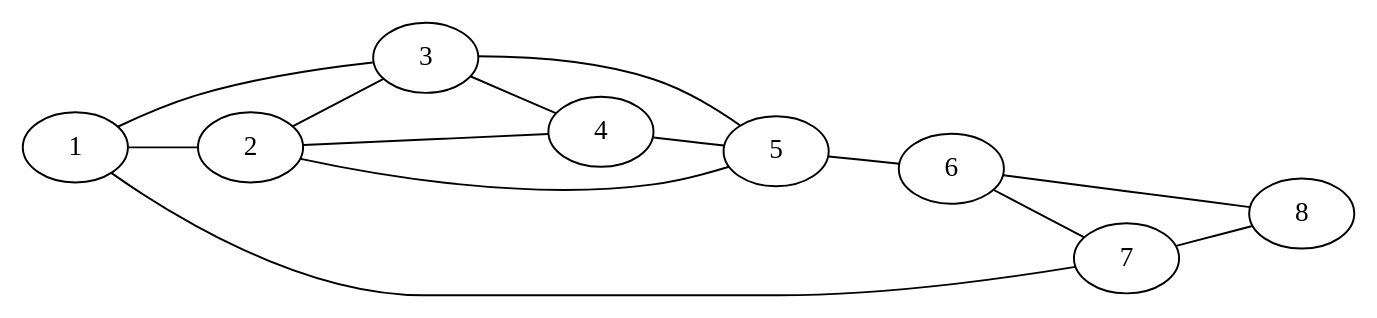
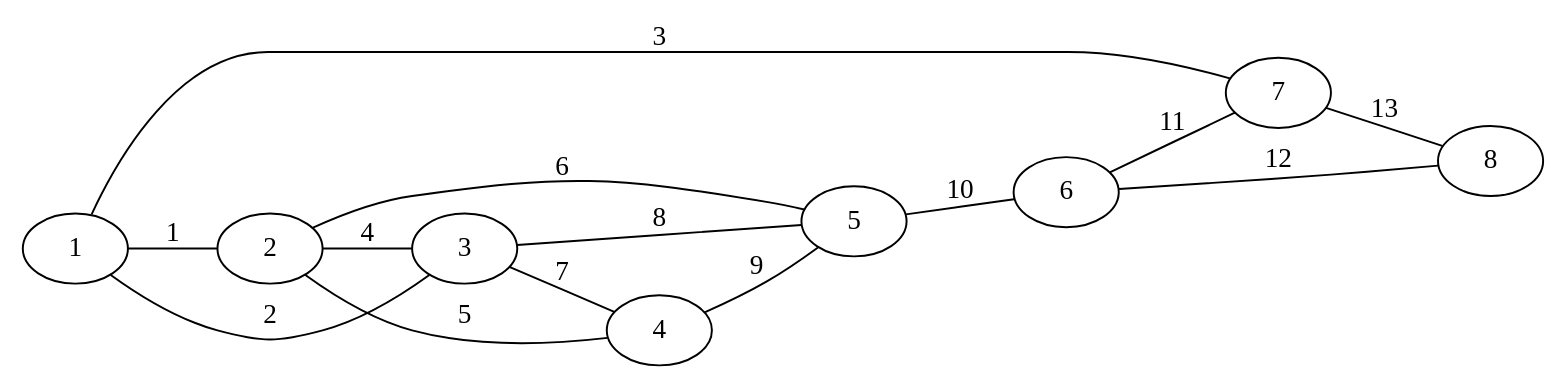
Before and after one commit to bcatalfo/Math-Solutions: diagram 49 of 49 in docs/Koh-Dong-Tay-Introduction-to-Graph-Theory/Chapter-1.md, drawn with Graphviz. The commit also changed other lines of this file and 1 other file, not shown here.

Commit message:
Labeled a graph and  made minor typographical improvements.

````diff
--- a/docs/Koh-Dong-Tay-Introduction-to-Graph-Theory/Chapter-1.md
+++ b/docs/Koh-Dong-Tay-Introduction-to-Graph-Theory/Chapter-1.md
@@ -2074,25 +2070,25 @@
 ```dot
 graph {
     rankdir="LR"
-    1 -- 2
-    1 -- 3
-    1 -- 7
+    1 -- 2 [label=1]
+    1 -- 3 [label=2]
+    1 -- 7 [label=3]
 
-    2 -- 3
-    2 -- 4
-    2 -- 5
+    2 -- 3 [label=4]
+    2 -- 4 [label=5]
+    2 -- 5 [label=6]
 
-    3 -- 4
-    3 -- 5
+    3 -- 4 [label=7]
+    3 -- 5 [label=8]
 
-    4 -- 5
+    4 -- 5 [label=9]
 
-    5 -- 6
+    5 -- 6 [label=10]
 
-    6 -- 7
-    6 -- 8
+    6 -- 7 [label=11]
+    6 -- 8 [label=12]
 
-    7 -- 8
+    7 -- 8 [label=13]
 
 }
 ```
````
